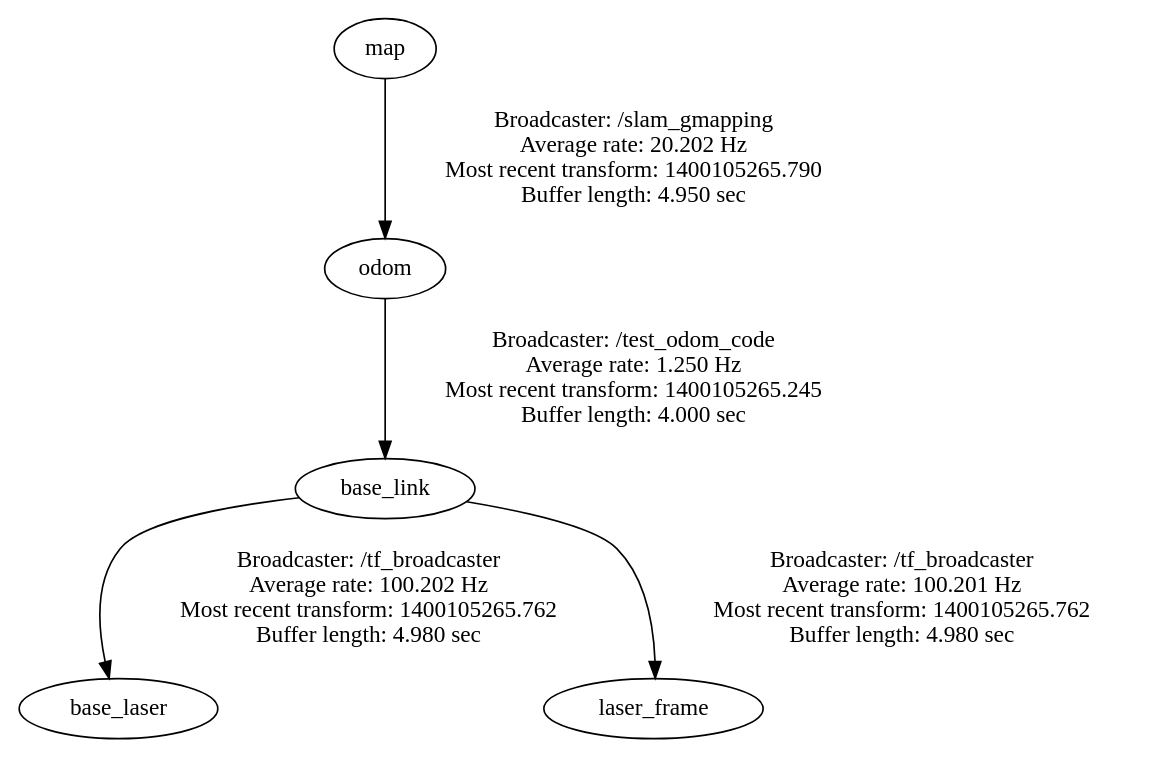
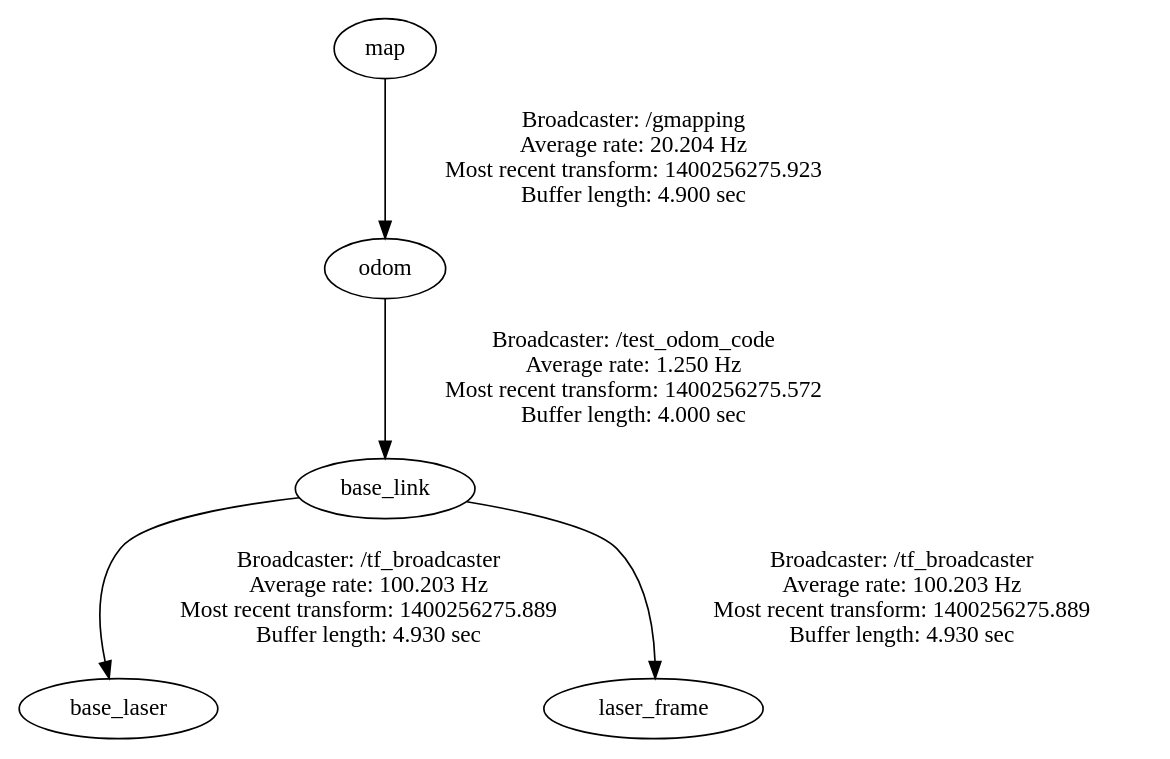
Before and after one commit to arvind2221994/catkin_ws: the diagram in frames.gv, drawn with Graphviz. The commit also changed 145 other files, not shown here.

```diff
--- a/frames.gv
+++ b/frames.gv
@@ -1,6 +1,6 @@
 digraph G {
-"base_link" -> "base_laser"[label="Broadcaster: /tf_broadcaster\nAverage rate: 100.202 Hz\nMost recent transform: 1400105265.762 \nBuffer length: 4.980 sec\n"];
-"odom" -> "base_link"[label="Broadcaster: /test_odom_code\nAverage rate: 1.250 Hz\nMost recent transform: 1400105265.245 \nBuffer length: 4.000 sec\n"];
-"base_link" -> "laser_frame"[label="Broadcaster: /tf_broadcaster\nAverage rate: 100.201 Hz\nMost recent transform: 1400105265.762 \nBuffer length: 4.980 sec\n"];
-"map" -> "odom"[label="Broadcaster: /slam_gmapping\nAverage rate: 20.202 Hz\nMost recent transform: 1400105265.790 \nBuffer length: 4.950 sec\n"];
+"base_link" -> "base_laser"[label="Broadcaster: /tf_broadcaster\nAverage rate: 100.203 Hz\nMost recent transform: 1400256275.889 \nBuffer length: 4.930 sec\n"];
+"odom" -> "base_link"[label="Broadcaster: /test_odom_code\nAverage rate: 1.250 Hz\nMost recent transform: 1400256275.572 \nBuffer length: 4.000 sec\n"];
+"base_link" -> "laser_frame"[label="Broadcaster: /tf_broadcaster\nAverage rate: 100.203 Hz\nMost recent transform: 1400256275.889 \nBuffer length: 4.930 sec\n"];
+"map" -> "odom"[label="Broadcaster: /gmapping\nAverage rate: 20.204 Hz\nMost recent transform: 1400256275.923 \nBuffer length: 4.900 sec\n"];
 }
```
